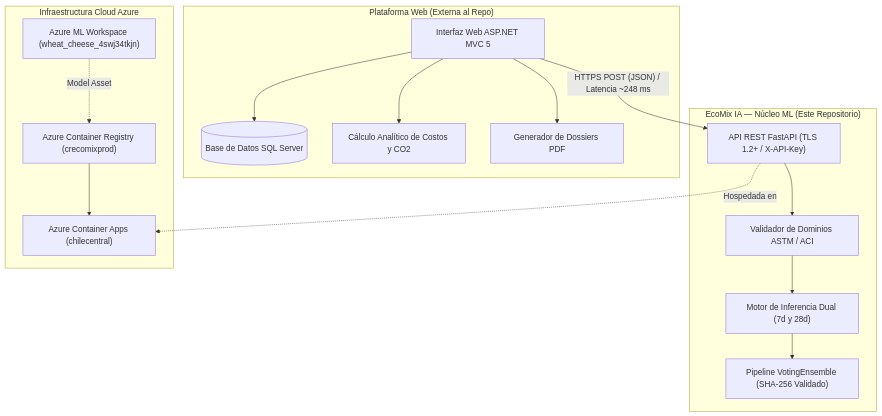
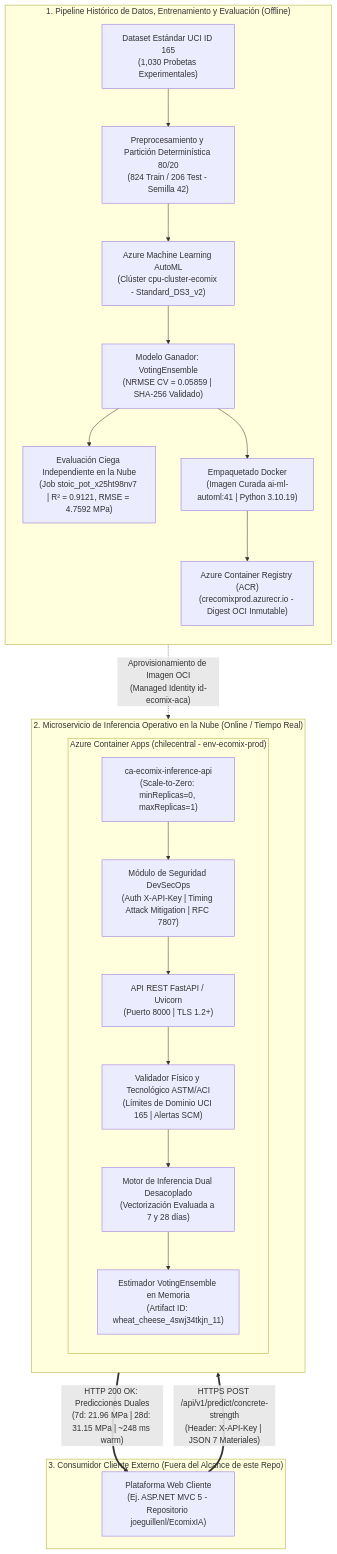
One commit to JMedina255/EcoMix-IA-AzureML changed the diagram in README.md. Above: the diagram before and after it, drawn with Mermaid. The commit also changed other lines of this file, not shown here.

Commit message:
docs(readme): rewrite readme in 13 sections with dedicated ml mermaid architecture

````diff
--- a/README.md
+++ b/README.md
@@ -19,35 +62,56 @@
 ```mermaid
-flowchart TD
-    subgraph WebApp["Plataforma Web (Externa al Repo)"]
-        UI["Interfaz Web ASP.NET MVC 5"]
-        DB[("Base de Datos SQL Server")]
-        EcoCalc["Cálculo Analítico de Costos y CO2"]
-        Dossier["Generador de Dossiers PDF"]
-        UI --> EcoCalc
-        UI --> DB
-        UI --> Dossier
+flowchart TB
+    %% =========================================================================
+    %% BLOQUE 1: PIPELINE HISTÓRICO DE ENTRENAMIENTO Y EVALUACIÓN (OFFLINE)
+    %% =========================================================================
+    subgraph PipelineTrain["1. Pipeline Histórico de Datos, Entrenamiento y Evaluación (Offline)"]
+        direction TB
+        UCI["Dataset Estándar UCI ID 165\n(1,030 Probetas Experimentales)"]
+        Prep["Preprocesamiento y Partición Determinística 80/20\n(824 Train / 206 Test - Semilla 42)"]
+        AML["Azure Machine Learning AutoML\n(Clúster cpu-cluster-ecomix - Standard_DS3_v2)"]
+        Winner["Modelo Ganador: VotingEnsemble\n(NRMSE CV = 0.05859 | SHA-256 Validado)"]
+        EvalJob["Evaluación Ciega Independiente en la Nube\n(Job stoic_pot_x25ht98nv7 | R² = 0.9121, RMSE = 4.7592 MPa)"]
+        DockerBuild["Empaquetado Docker\n(Imagen Curada ai-ml-automl:41 | Python 3.10.19)"]
+        ACR["Azure Container Registry (ACR)\n(crecomixprod.azurecr.io - Digest OCI Inmutable)"]
+
+        UCI --> Prep
+        Prep --> AML
+        AML --> Winner
+        Winner --> EvalJob
+        Winner --> DockerBuild
+        DockerBuild --> ACR
     end
 
-    subgraph MLRepo["EcoMix IA — Núcleo ML (Este Repositorio)"]
-        API["API REST FastAPI (TLS 1.2+ / X-API-Key)"]
-        Engine["Motor de Inferencia Dual (7d y 28d)"]
-        Validator["Validador de Dominios ASTM / ACI"]
-        Model["Pipeline VotingEnsemble (SHA-256 Validado)"]
+    %% =========================================================================
+    %% BLOQUE 2: MICROSERVICIO DE INFERENCIA EN PRODUCCIÓN (ONLINE)
+    %% =========================================================================
+    subgraph ServiceACA["2. Microservicio de Inferencia Operativo en la Nube (Online / Tiempo Real)"]
+        direction TB
+        subgraph HostACA["Azure Container Apps (chilecentral - env-ecomix-prod)"]
+            ACA["ca-ecomix-inference-api\n(Scale-to-Zero: minReplicas=0, maxReplicas=1)"]
+            Security["Módulo de Seguridad DevSecOps\n(Auth X-API-Key | Timing Attack Mitigation | RFC 7807)"]
+            FastAPI["API REST FastAPI / Uvicorn\n(Puerto 8000 | TLS 1.2+)"]
+            Validator["Validador Físico y Tecnológico ASTM/ACI\n(Límites de Dominio UCI 165 | Alertas SCM)"]
+            Engine["Motor de Inferencia Dual Desacoplado\n(Vectorización Evaluada a 7 y 28 días)"]
+            RuntimeModel["Estimador VotingEnsemble en Memoria\n(Artifact ID: wheat_cheese_4swj34tkjn_11)"]
 
-        API --> Validator
-        Validator --> Engine
-        Engine --> Model
+            ACA --> Security
+            Security --> FastAPI
+            FastAPI --> Validator
+            Validator --> Engine
+            Engine --> RuntimeModel
+        end
     end
 
-    subgraph AzureCloud["Infraestructura Cloud Azure"]
-        ACA["Azure Container Apps (chilecentral)"]
-        ACR["Azure Container Registry (crecomixprod)"]
-        AML["Azure ML Workspace (wheat_cheese_4swj34tkjn)"]
-
-        ACR --> ACA
-        AML -.->|"Model Asset"| ACR
+    %% =========================================================================
+    %% BLOQUE 3: CONSUMIDOR CLIENTE EXTERNO
+    %% =========================================================================
+    subgraph ExternalClient["3. Consumidor Cliente Externo (Fuera del Alcance de este Repo)"]
+        ClientApp["Plataforma Web Cliente\n(Ej. ASP.NET MVC 5 - Repositorio joeguillenl/EcomixIA)"]
     end
 
-    UI -->|"HTTPS POST (JSON) / Latencia ~248 ms"| API
-    API -.->|"Hospedada en"| ACA
+    %% Relaciones entre bloques
+    ACR -.->|"Aprovisionamiento de Imagen OCI\n(Managed Identity id-ecomix-aca)"| ACA
+    ClientApp ==>|"HTTPS POST /api/v1/predict/concrete-strength\n(Header: X-API-Key | JSON 7 Materiales)"| ACA
+    ACA ==>|"HTTP 200 OK: Predicciones Duales\n(7d: 21.96 MPa | 28d: 31.15 MPa | ~248 ms warm)"| ClientApp
 ```
````
